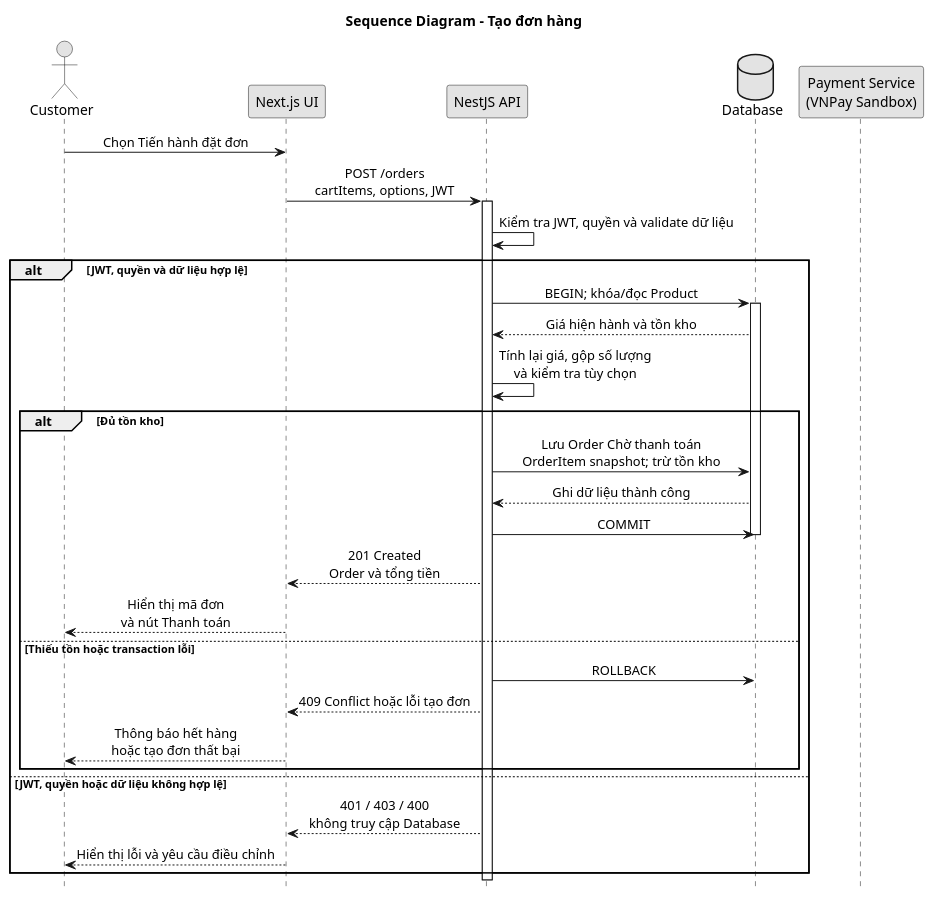
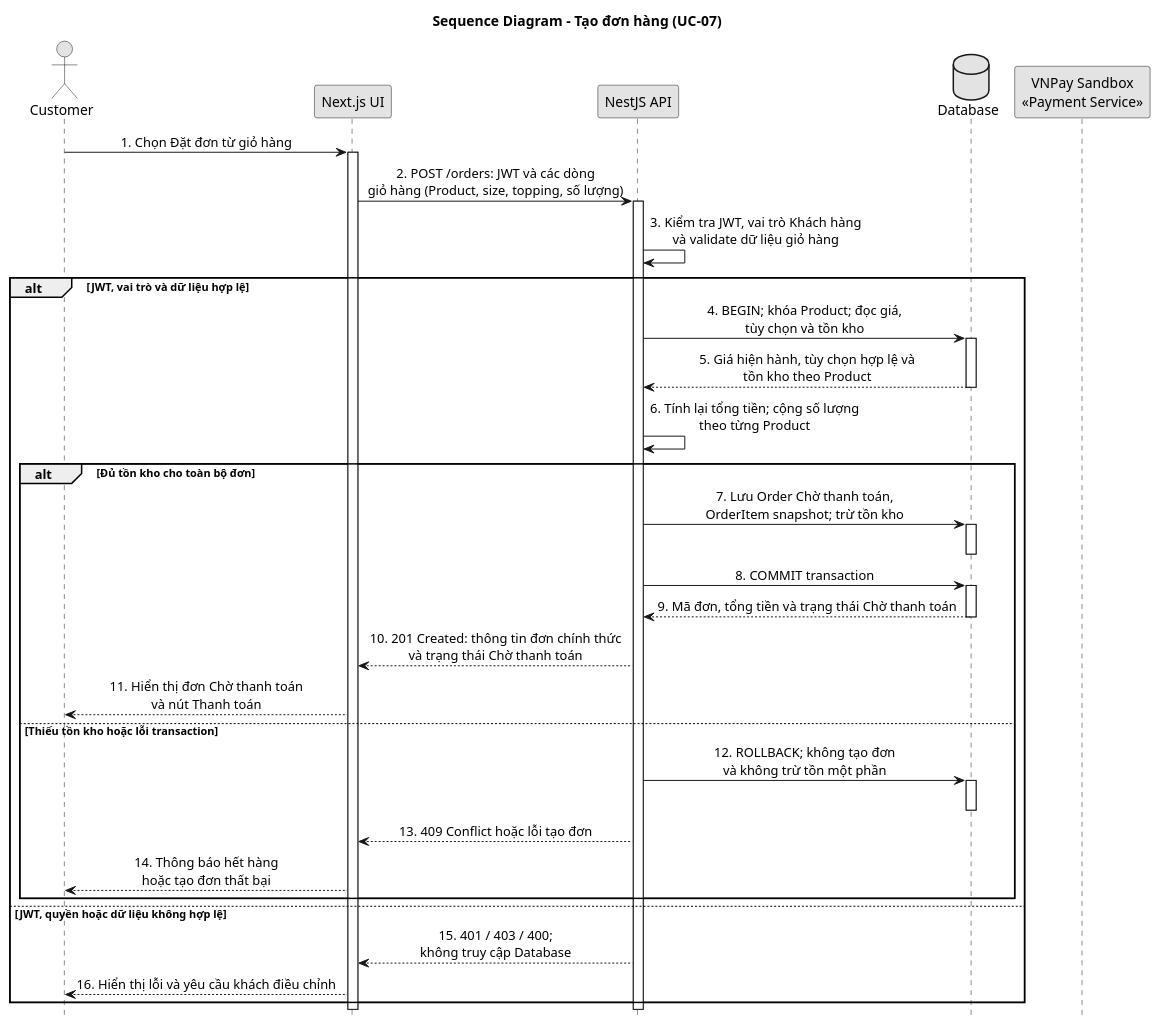
The diagram in docs/diagrams/sources/sequence-create-order.puml (mhien06/BrewLite_A2), drawn with PlantUML before and after one commit. The commit also changed 7 other files, not shown here.

Commit message:
Cập nhật Sequence Diagram tổng quát và chi tiết

```diff
--- a/docs/diagrams/sources/sequence-create-order.puml
+++ b/docs/diagrams/sources/sequence-create-order.puml
@@ -1,43 +1,50 @@
 @startuml
-title Sequence Diagram - Tạo đơn hàng
+title Sequence Diagram - Tạo đơn hàng (UC-07)
 hide footbox
 skinparam monochrome true
 skinparam sequenceMessageAlign center
 
 actor Customer
 participant "Next.js UI" as UI
 participant "NestJS API" as API
 database Database as DB
-participant "Payment Service\n(VNPay Sandbox)" as VNPay
+participant "VNPay Sandbox\n«Payment Service»" as VNPay
 
-Customer -> UI: Chọn Tiến hành đặt đơn
-UI -> API: POST /orders\ncartItems, options, JWT
+Customer -> UI: 1. Chọn Đặt đơn từ giỏ hàng
+activate UI
+UI -> API: 2. POST /orders: JWT và các dòng\ngiỏ hàng (Product, size, topping, số lượng)
 activate API
-API -> API: Kiểm tra JWT, quyền và validate dữ liệu
+API -> API: 3. Kiểm tra JWT, vai trò Khách hàng\nvà validate dữ liệu giỏ hàng
 
-alt JWT, quyền và dữ liệu hợp lệ
-  API -> DB: BEGIN; khóa/đọc Product
+alt JWT, vai trò và dữ liệu hợp lệ
+  API -> DB: 4. BEGIN; khóa Product; đọc giá,\ntùy chọn và tồn kho
   activate DB
-  DB --> API: Giá hiện hành và tồn kho
-  API -> API: Tính lại giá, gộp số lượng\nvà kiểm tra tùy chọn
+  DB --> API: 5. Giá hiện hành, tùy chọn hợp lệ và\ntồn kho theo Product
+  deactivate DB
+  API -> API: 6. Tính lại tổng tiền; cộng số lượng\ntheo từng Product
 
-  alt Đủ tồn kho
-    API -> DB: Lưu Order Chờ thanh toán\nOrderItem snapshot; trừ tồn kho
-    DB --> API: Ghi dữ liệu thành công
-    API -> DB: COMMIT
+  alt Đủ tồn kho cho toàn bộ đơn
+    API -> DB: 7. Lưu Order Chờ thanh toán,\nOrderItem snapshot; trừ tồn kho
+    activate DB
     deactivate DB
-    API --> UI: 201 Created\nOrder và tổng tiền
-    UI --> Customer: Hiển thị mã đơn\nvà nút Thanh toán
-  else Thiếu tồn hoặc transaction lỗi
-    API -> DB: ROLLBACK
+    API -> DB: 8. COMMIT transaction
+    activate DB
+    DB --> API: 9. Mã đơn, tổng tiền và trạng thái Chờ thanh toán
     deactivate DB
-    API --> UI: 409 Conflict hoặc lỗi tạo đơn
-    UI --> Customer: Thông báo hết hàng\nhoặc tạo đơn thất bại
+    API --> UI: 10. 201 Created: thông tin đơn chính thức\nvà trạng thái Chờ thanh toán
+    UI --> Customer: 11. Hiển thị đơn Chờ thanh toán\nvà nút Thanh toán
+  else Thiếu tồn kho hoặc lỗi transaction
+    API -> DB: 12. ROLLBACK; không tạo đơn\nvà không trừ tồn một phần
+    activate DB
+    deactivate DB
+    API --> UI: 13. 409 Conflict hoặc lỗi tạo đơn
+    UI --> Customer: 14. Thông báo hết hàng\nhoặc tạo đơn thất bại
   end
 else JWT, quyền hoặc dữ liệu không hợp lệ
-  API --> UI: 401 / 403 / 400\nkhông truy cập Database
-  UI --> Customer: Hiển thị lỗi và yêu cầu điều chỉnh
+  API --> UI: 15. 401 / 403 / 400;\nkhông truy cập Database
+  UI --> Customer: 16. Hiển thị lỗi và yêu cầu khách điều chỉnh
 end
 
 deactivate API
+deactivate UI
 @enduml
```
